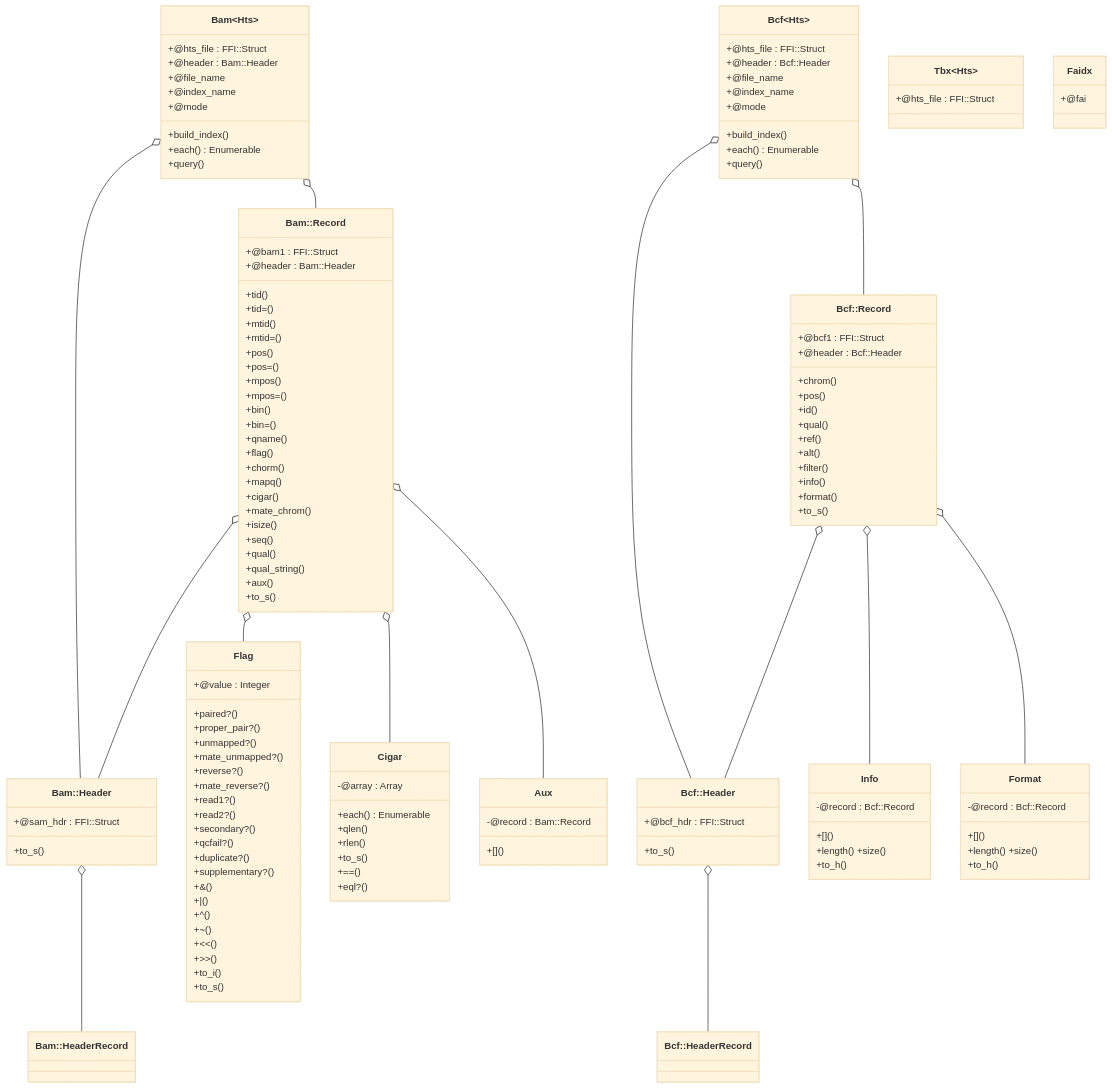
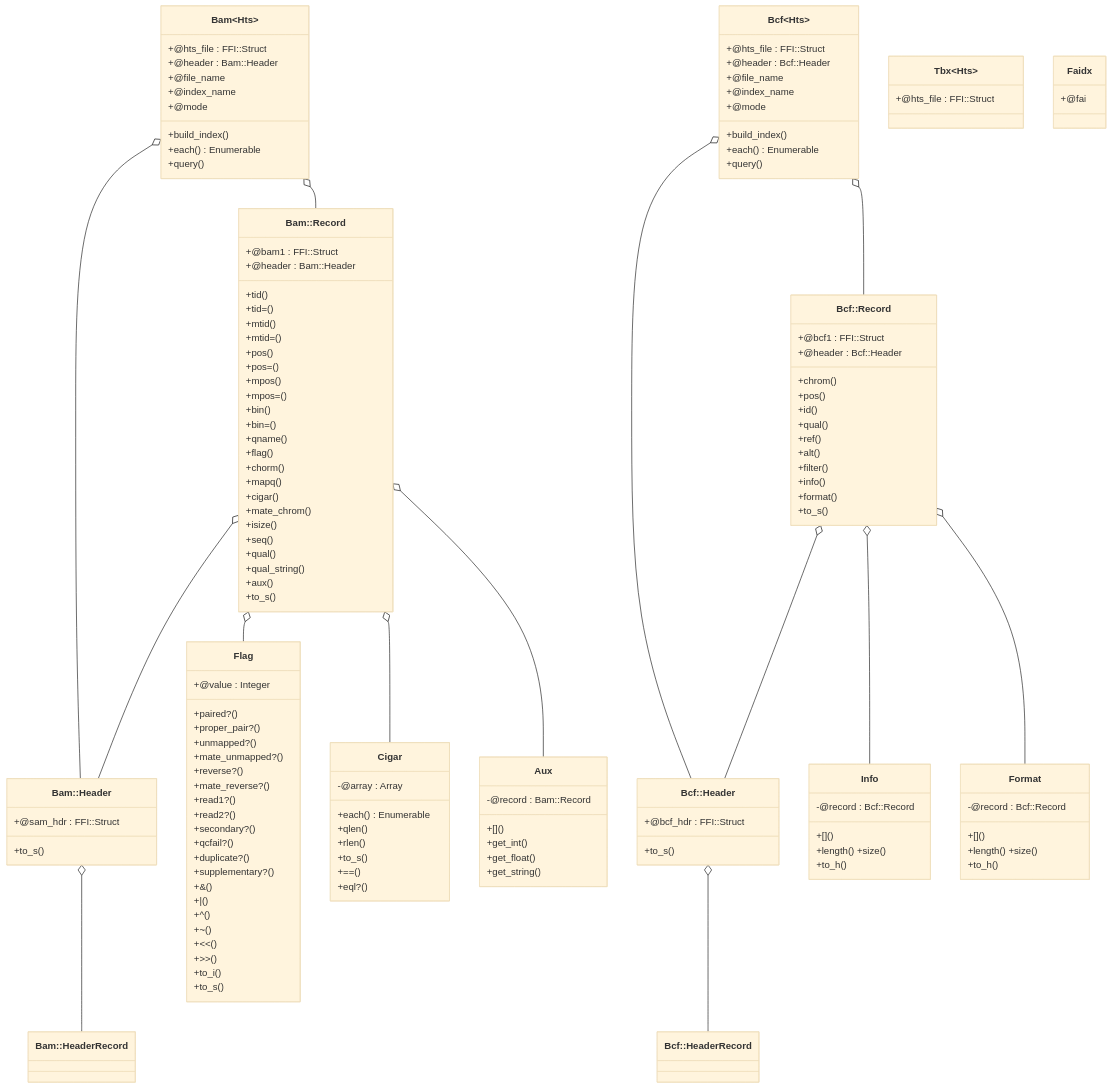
One commit to kojix2/ruby-htslib changed the diagram in TUTORIAL.md. Above: the diagram before and after it, drawn with Mermaid.

```diff
--- a/TUTORIAL.md
+++ b/TUTORIAL.md
@@ -72,6 +72,9 @@
 class `Aux` {
   -@record : Bam::Record
   +[]()
+  +get_int()
+  +get_float()
+  +get_string()
 }
 class `Bcf::Header`{
   +@bcf_hdr : FFI::Struct
```
